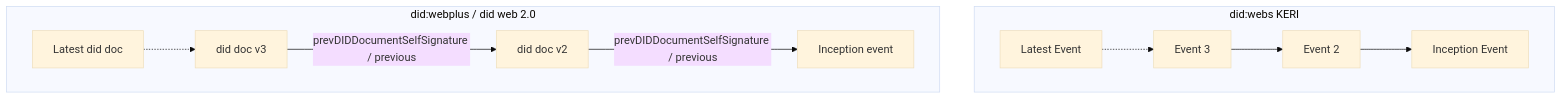
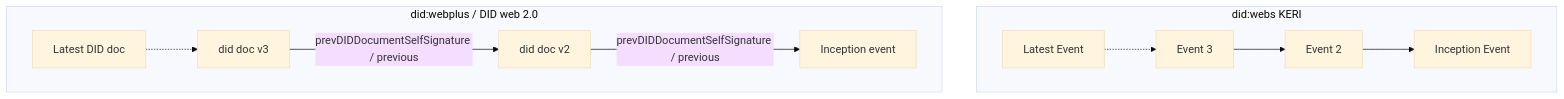
The first of 2 diagrams in README.md (Echsecutor/beyond-did-web), drawn with Mermaid (base theme) before and after one commit. The commit also changed other lines of this file and 1 other file, not shown here.

Commit message:
Rename did to DID Fixes #4 correct spelling

````diff
--- a/README.md
+++ b/README.md
@@ -319,12 +319,12 @@
 ```mermaid
 flowchart TD
 
 subgraph did:webs KERI
     kerivn[Latest Event] -.-> keriv3[Event 3] --> keriv2[Event 2]  -->  keriv1[Inception Event]
 end
 
-subgraph did:webplus / did web 2.0
-    vn[Latest did doc] -.-> v3[did doc v3] -- prevDIDDocumentSelfSignature / previous --> v2[did doc v2] -- prevDIDDocumentSelfSignature / previous -->  v1[Inception event]
+subgraph did:webplus / DID web 2.0
+    vn[Latest DID doc] -.-> v3[did doc v3] -- prevDIDDocumentSelfSignature / previous --> v2[did doc v2] -- prevDIDDocumentSelfSignature / previous -->  v1[Inception event]
 end
 
 ```
````
